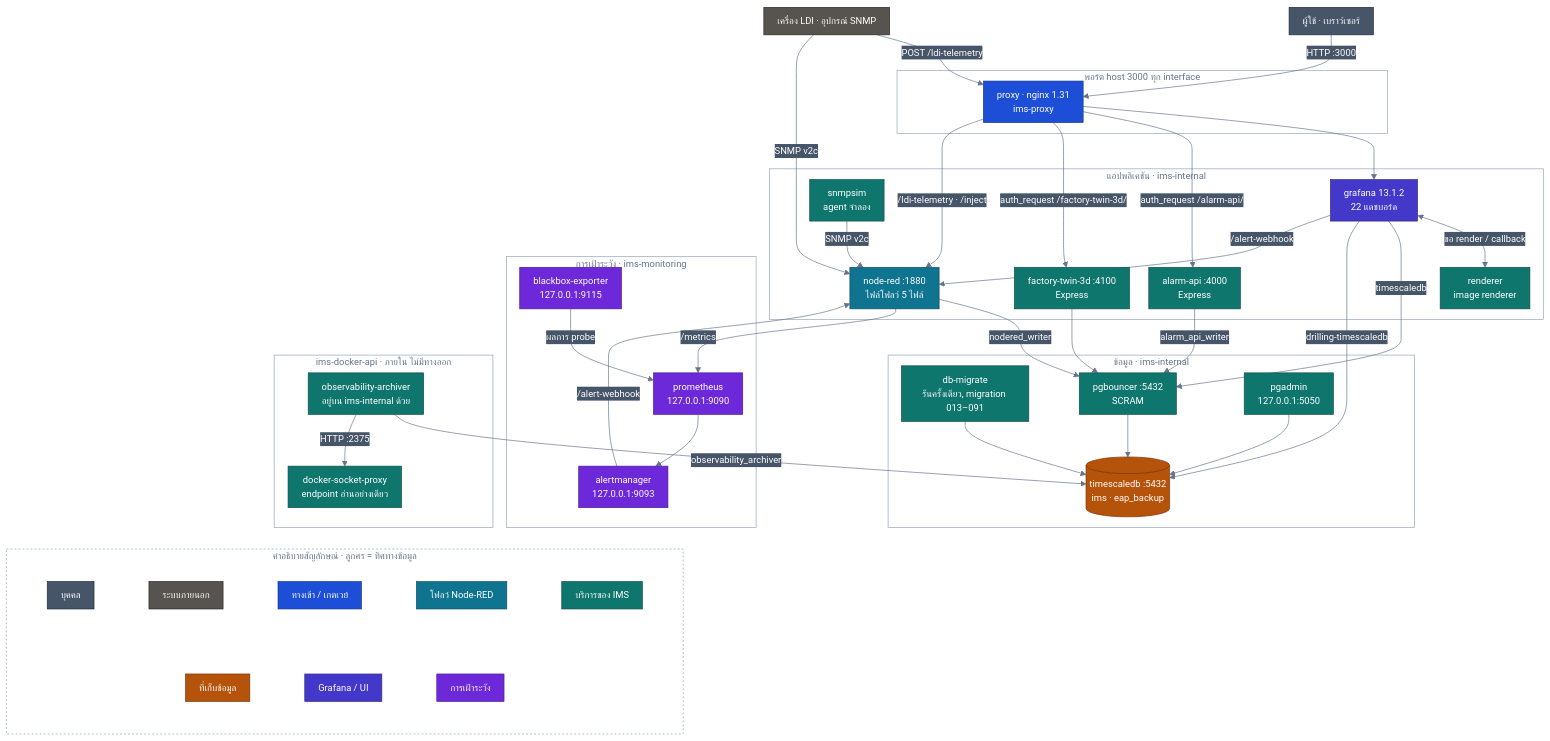
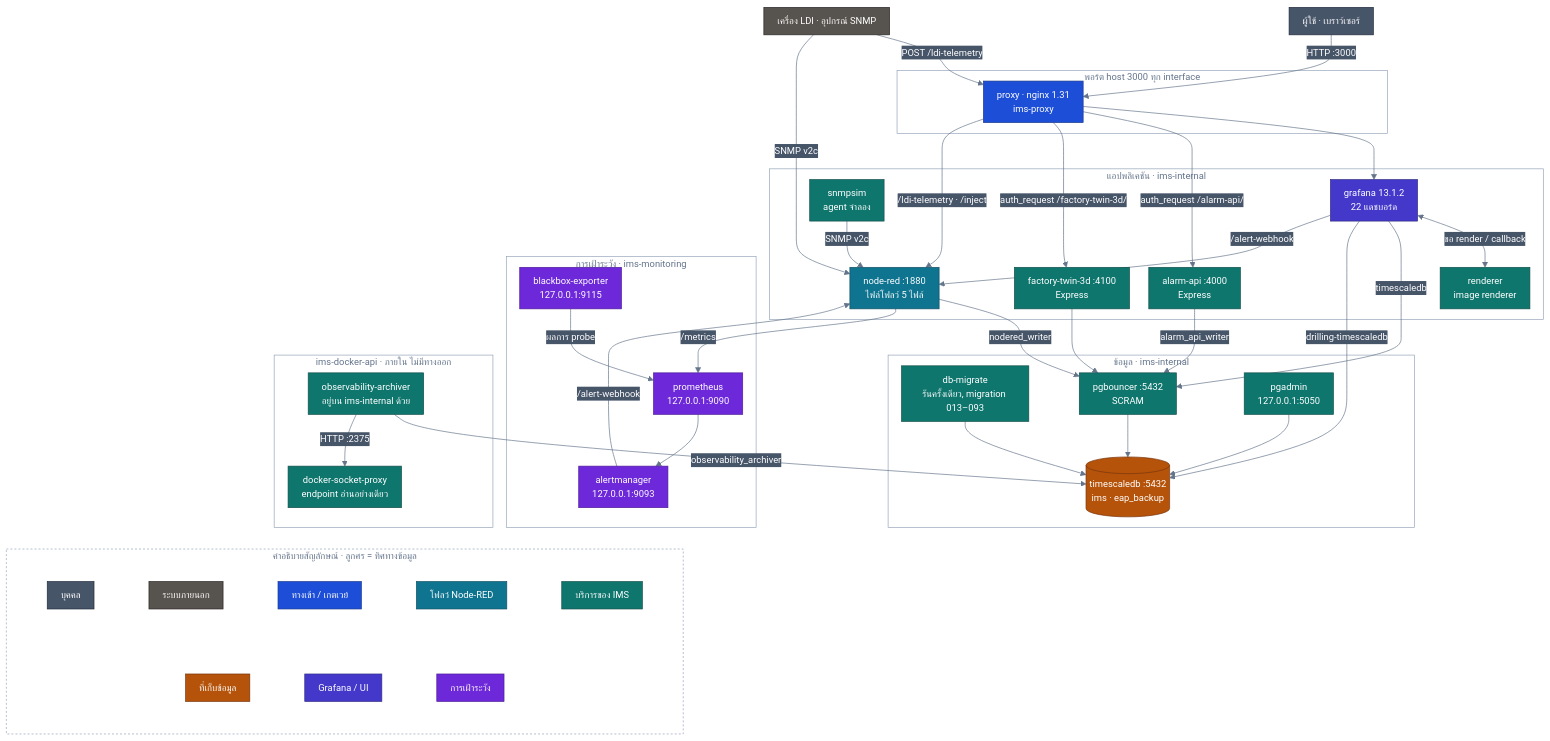
One commit to PATTANAKORN025/IMS changed the second of 8 diagrams in th/docs/architecture/ARCHITECTURE_DIAGRAM.md. Above: the diagram before and after it, drawn with Mermaid. The commit also changed 24 other files, not shown here.

```diff
--- a/th/docs/architecture/ARCHITECTURE_DIAGRAM.md
+++ b/th/docs/architecture/ARCHITECTURE_DIAGRAM.md
@@ -106,7 +106,7 @@
   end
 
   subgraph DATA["ข้อมูล · ims-internal"]
-    MIG["db-migrate<br/>รันครั้งเดียว, migration 013–091"]:::app
+    MIG["db-migrate<br/>รันครั้งเดียว, migration 013–093"]:::app
     PGB["pgbouncer :5432<br/>SCRAM"]:::app
     TSDB[("timescaledb :5432<br/>ims · eap_backup")]:::store
     PGADMIN["pgadmin<br/>127.0.0.1:5050"]:::app
```
